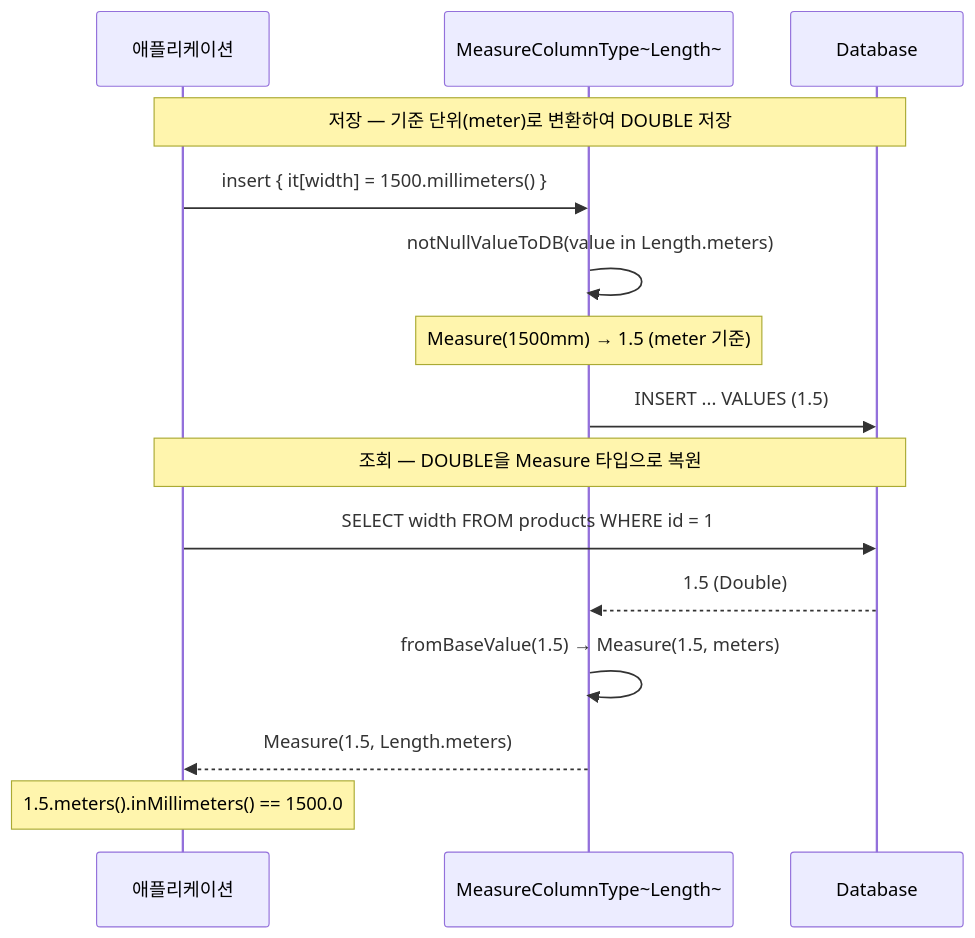
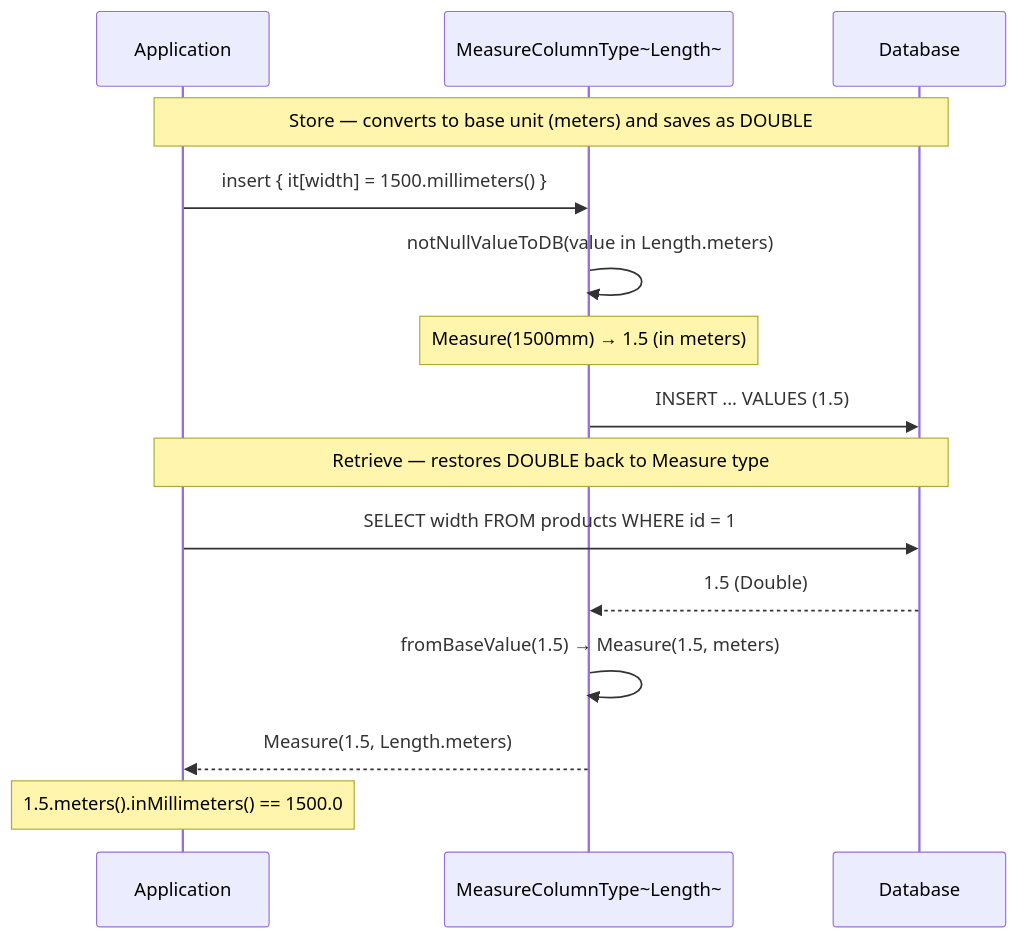
Before and after one commit to bluetape4k/bluetape4k-projects: the third of 3 diagrams in data/exposed-measured/README.md, drawn with Mermaid. The commit also changed other lines of this file and 265 other files, not shown here.

````diff
--- a/data/exposed-measured/README.md
+++ b/data/exposed-measured/README.md
@@ -97,19 +98,19 @@
 ```mermaid
 sequenceDiagram
-    participant App as 애플리케이션
+    participant App as Application
     participant Col as MeasureColumnType~Length~
     participant DB as Database
 
-    Note over App,DB: 저장 — 기준 단위(meter)로 변환하여 DOUBLE 저장
+    Note over App,DB: Store — converts to base unit (meters) and saves as DOUBLE
     App->>Col: insert { it[width] = 1500.millimeters() }
     Col->>Col: notNullValueToDB(value in Length.meters)
-    Note over Col: Measure(1500mm) → 1.5 (meter 기준)
+    Note over Col: Measure(1500mm) → 1.5 (in meters)
     Col->>DB: INSERT ... VALUES (1.5)
 
-    Note over App,DB: 조회 — DOUBLE을 Measure 타입으로 복원
+    Note over App,DB: Retrieve — restores DOUBLE back to Measure type
     App->>DB: SELECT width FROM products WHERE id = 1
     DB-->>Col: 1.5 (Double)
     Col->>Col: fromBaseValue(1.5) → Measure(1.5, meters)
     Col-->>App: Measure(1.5, Length.meters)
     Note over App: 1.5.meters().inMillimeters() == 1500.0
 ```
````
